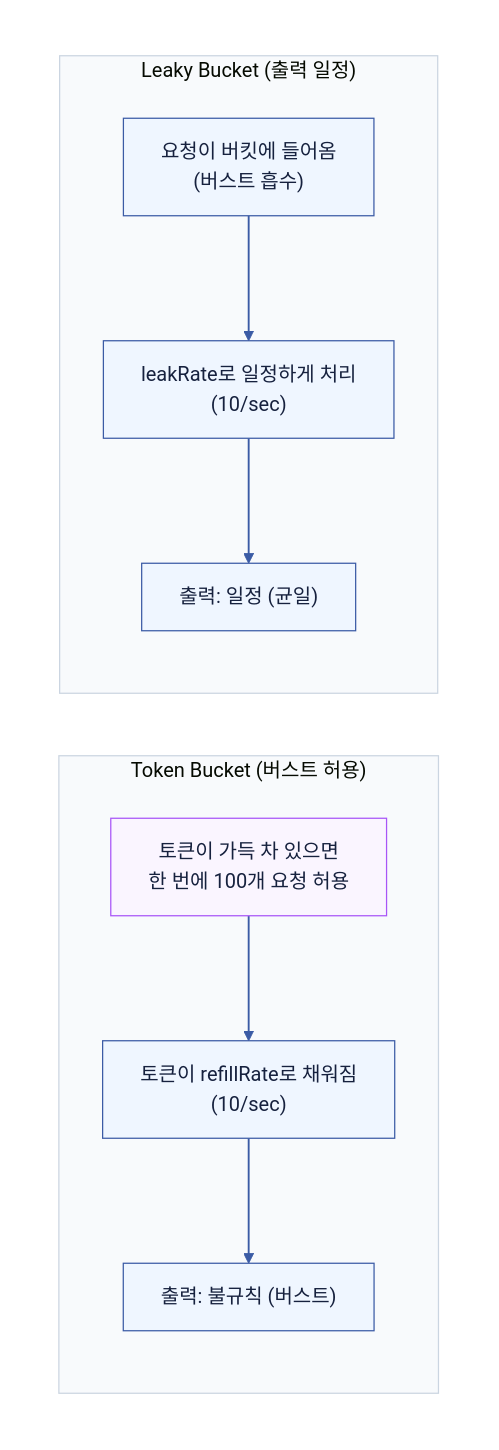
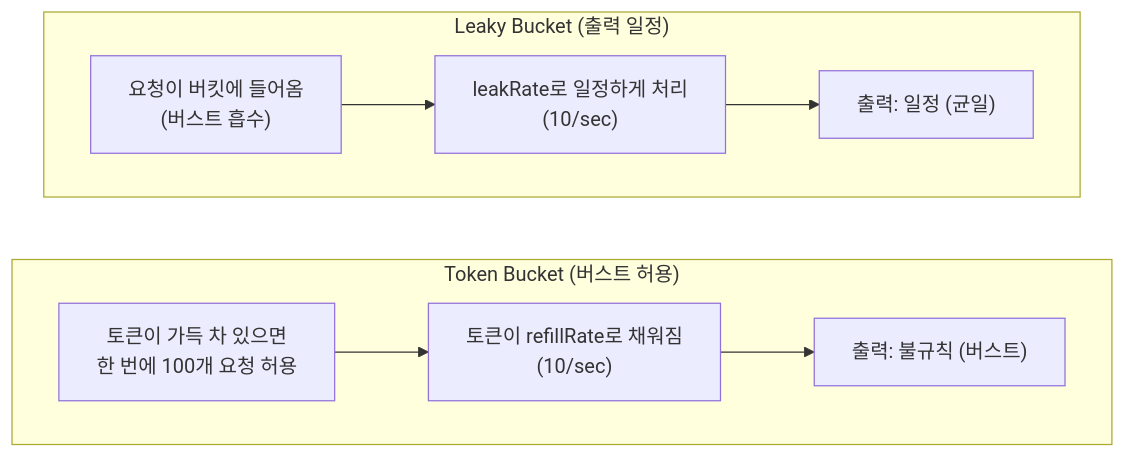
One commit to Hyune-s-lab/my-ai-study changed the first of 2 diagrams in computer-science/2607-rate-limiting.md. Above: the diagram before and after it, drawn with Mermaid. The commit also changed other lines of this file and 49 other files, not shown here.

Commit message:
docs: 단순 다이어그램은 Mermaid로, 복잡한 배치는 SVG로 정리

````diff
--- a/computer-science/2607-rate-limiting.md
+++ b/computer-science/2607-rate-limiting.md
@@ -27,31 +27,20 @@
 ```mermaid
 flowchart LR
-%%{init: {"theme": "base", "darkMode": false, "themeVariables": {"background": "#ffffff", "primaryColor": "#EFF6FF", "primaryTextColor": "#16213E", "primaryBorderColor": "#3B5BA5", "secondaryColor": "#F0FDF4", "tertiaryColor": "#FAF5FF", "lineColor": "#3B5BA5", "textColor": "#16213E", "edgeLabelBackground": "#ffffff", "clusterBkg": "#F8FAFC", "clusterBorder": "#CBD5E1"}}}%%
-  subgraph canvas[" "]
+%%{init: {"flowchart": {"curve": "stepAfter", "wrappingWidth": 400}}}%%
+  subgraph g_token["Token Bucket (버스트 허용)"]
     direction LR
-    subgraph token["Token Bucket (버스트 허용)"]
-      direction TB
-      t1["토큰이 가득 차 있으면<br/>한 번에 100개 요청 허용"]
-      t2["토큰이 refillRate로 채워짐<br/>(10/sec)"]
-      t3["출력: 불규칙 (버스트)"]
-      t1 --> t2 --> t3
-    end
-  
-    subgraph leaky["Leaky Bucket (출력 일정)"]
-      direction TB
-      l1["요청이 버킷에 들어옴<br/>(버스트 흡수)"]
-      l2["leakRate로 일정하게 처리<br/>(10/sec)"]
-      l3["출력: 일정 (균일)"]
-      l1 --> l2 --> l3
-    end
-  
+    n_t1["토큰이 가득 차 있으면<br/>한 번에 100개 요청 허용"]
+    n_t2["토큰이 refillRate로 채워짐<br/>(10/sec)"]
+    n_t3["출력: 불규칙 (버스트)"]
   end
-  style canvas fill:#ffffff,stroke:#ffffff,color:#111827
-  linkStyle default stroke:#3B5BA5,stroke-width:1.5px
-  classDef app fill:#EFF6FF,stroke:#3B5BA5,stroke-width:1px,color:#16213E
-  class t2,t3,l1,l2,l3 app
-  classDef db fill:#F0FDF4,stroke:#3F8E55,stroke-width:1px,color:#16213E
-  classDef policy fill:#FAF5FF,stroke:#A855F7,stroke-width:1px,color:#16213E
-  class t1 policy
-  classDef worker fill:#FFF7ED,stroke:#C98A2B,stroke-width:1px,color:#16213E
+  subgraph g_leaky["Leaky Bucket (출력 일정)"]
+    direction LR
+    n_l1["요청이 버킷에 들어옴<br/>(버스트 흡수)"]
+    n_l2["leakRate로 일정하게 처리<br/>(10/sec)"]
+    n_l3["출력: 일정 (균일)"]
+  end
+  n_t1 --> n_t2
+  n_t2 --> n_t3
+  n_l1 --> n_l2
+  n_l2 --> n_l3
 ```
````
